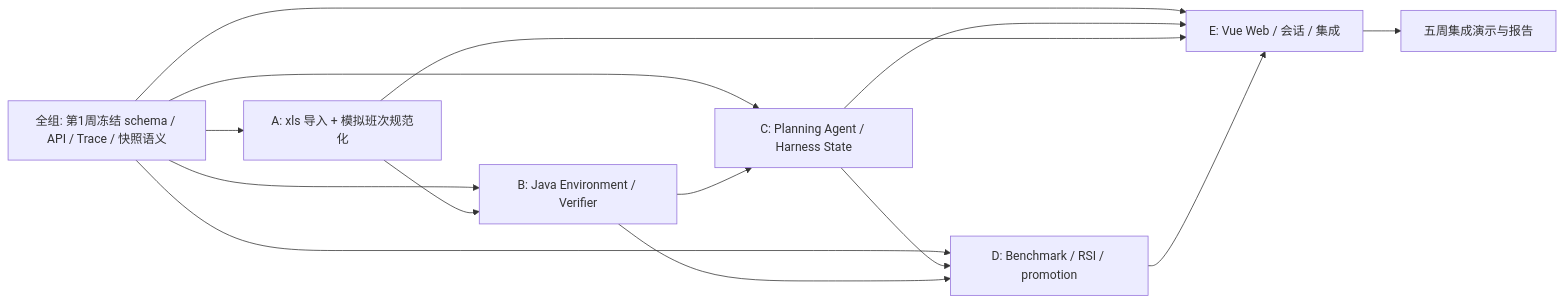
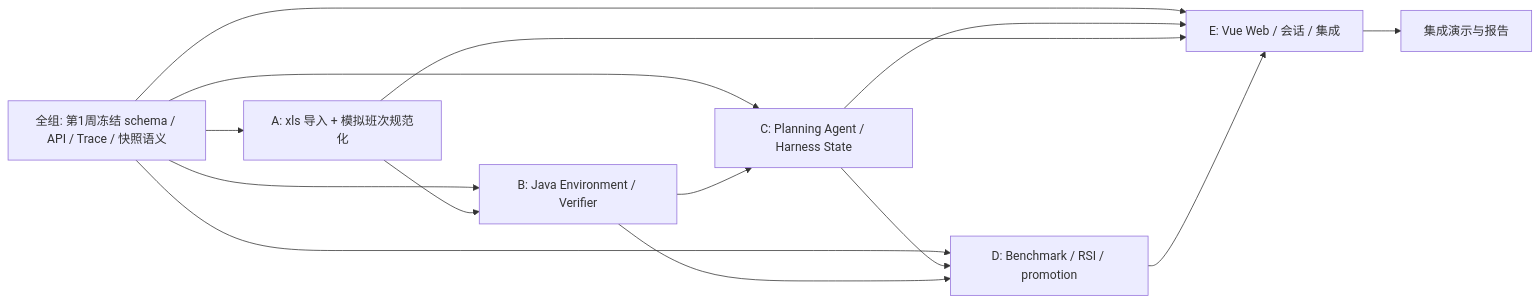
One commit to HelicasECoode42/CoursePilot-Evo changed the diagram in docs/diagrams/team-dependencies.mmd. Above: the diagram before and after it, drawn with Mermaid. The commit also changed 27 other files, not shown here.

Commit message:
docs: make business flows and complete module scope the team entry point

```diff
--- a/docs/diagrams/team-dependencies.mmd
+++ b/docs/diagrams/team-dependencies.mmd
@@ -1,14 +1,14 @@
 flowchart LR
   FREEZE[全组: 第1周冻结 schema / API / Trace / 快照语义] --> A[A: xls 导入 + 模拟班次规范化]
   FREEZE --> B[B: Java Environment / Verifier]
   FREEZE --> C[C: Planning Agent / Harness State]
   FREEZE --> D[D: Benchmark / RSI / promotion]
   FREEZE --> E[E: Vue Web / 会话 / 集成]
   A --> B
   B --> C
   C --> D
   B --> D
   C --> E
   A --> E
   D --> E
-  E --> DEMO[五周集成演示与报告]
+  E --> DEMO[集成演示与报告]
```
